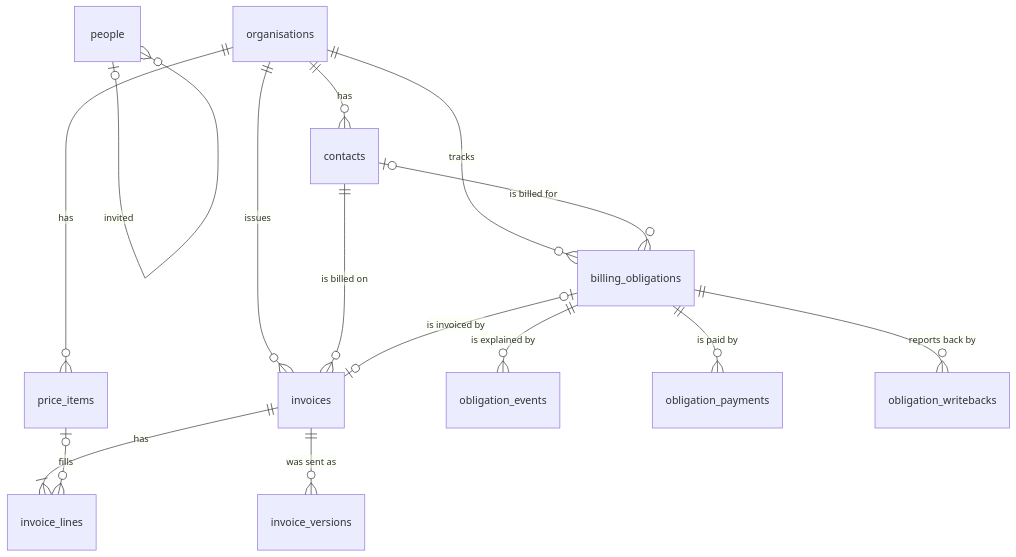
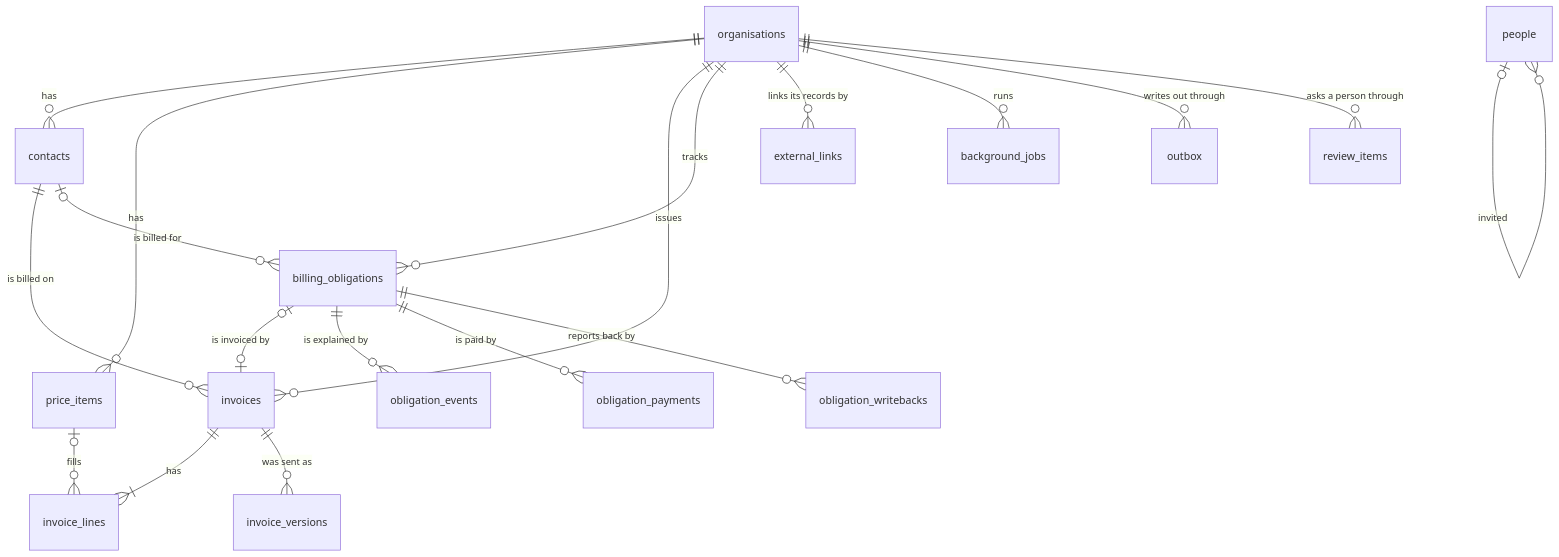
Before and after one commit to arcforgelabs/flow: the first of 2 diagrams in docs/DATA_MODEL.md, drawn with Mermaid. The commit also changed other lines of this file and 10 other files, not shown here.

First line of the commit message:
feat: add the data spine tables: identity map, job queue, outbox and review queue

````diff
--- a/docs/DATA_MODEL.md
+++ b/docs/DATA_MODEL.md
@@ -7,17 +7,21 @@
 ```mermaid
 erDiagram
   organisations ||--o{ contacts : has
   organisations ||--o{ price_items : has
   organisations ||--o{ invoices : issues
   contacts ||--o{ invoices : "is billed on"
   invoices ||--|{ invoice_lines : has
   price_items |o--o{ invoice_lines : "fills"
   invoices ||--o{ invoice_versions : "was sent as"
   people |o--o{ people : "invited"
   organisations ||--o{ billing_obligations : tracks
   contacts |o--o{ billing_obligations : "is billed for"
   billing_obligations |o--o| invoices : "is invoiced by"
   billing_obligations ||--o{ obligation_events : "is explained by"
   billing_obligations ||--o{ obligation_payments : "is paid by"
   billing_obligations ||--o{ obligation_writebacks : "reports back by"
+  organisations ||--o{ external_links : "links its records by"
+  organisations ||--o{ background_jobs : runs
+  organisations ||--o{ outbox : "writes out through"
+  organisations ||--o{ review_items : "asks a person through"
 ```
````
